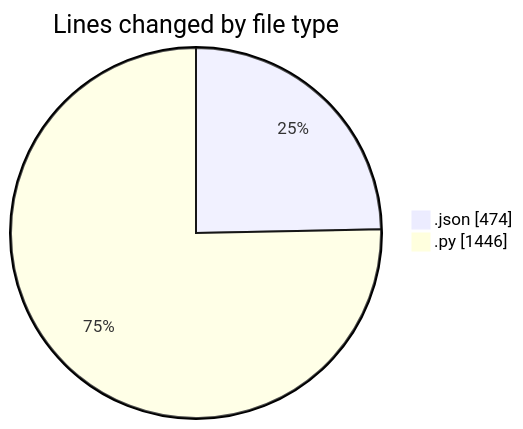
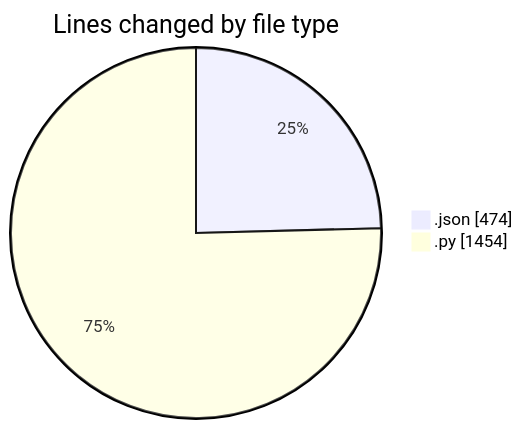
The first of 2 diagrams in 2025-02-19/myws__workspace_/README.md (MatusMokan/code-tracking), drawn with Mermaid before and after one commit. The commit also changed other lines of this file and 1 other file, not shown here.

````diff
--- a/2025-02-19/myws__workspace_/README.md
+++ b/2025-02-19/myws__workspace_/README.md
@@ -26,6 +26,6 @@
 ```mermaid
 pie showData
 title Lines changed by file type
 ".json" : 474
-".py" : 1446
+".py" : 1454
 ```
````
